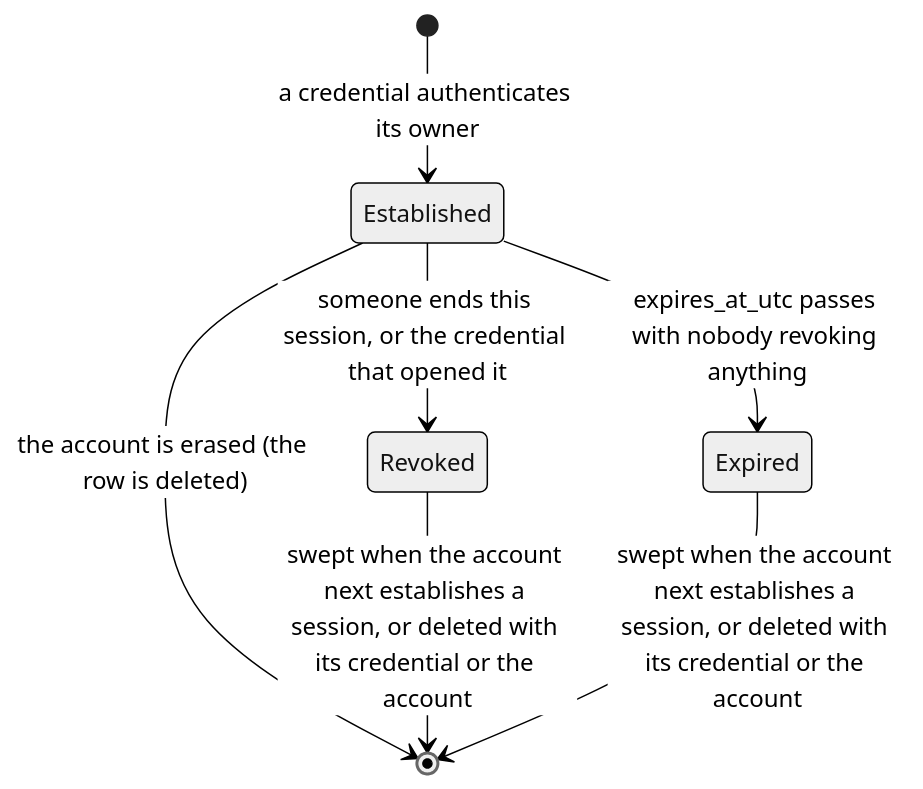
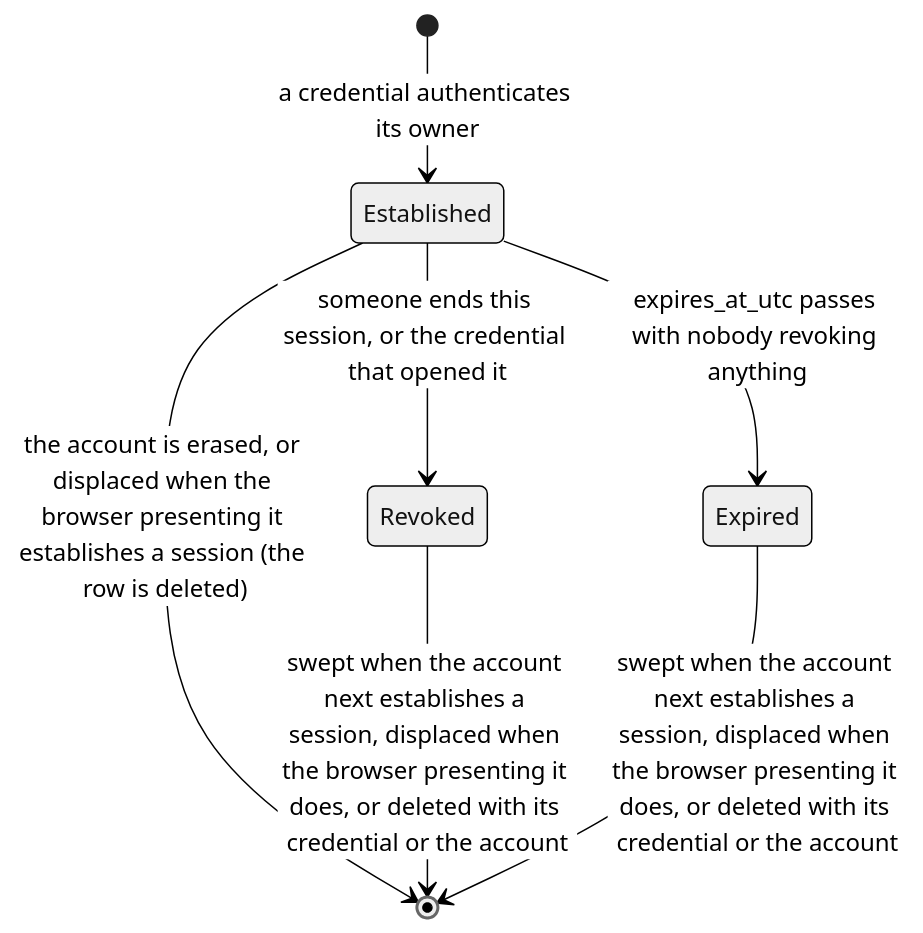
One commit to anton-kochev/budgetoid changed the second of 3 diagrams in docs/business-logic/sessions.md. Above: the diagram before and after it, drawn with Mermaid (neutral theme). The commit also changed other lines of this file and 40 other files, not shown here.

````diff
--- a/docs/business-logic/sessions.md
+++ b/docs/business-logic/sessions.md
@@ -1176,9 +1312,9 @@
 ```mermaid
 stateDiagram-v2
     [*] --> Established : a credential authenticates its owner
     Established --> Revoked : someone ends this session, or the credential that opened it
     Established --> Expired : expires_at_utc passes with nobody revoking anything
-    Established --> [*] : the account is erased (the row is deleted)
-    Revoked --> [*] : swept when the account next establishes a session, or deleted with its credential or the account
-    Expired --> [*] : swept when the account next establishes a session, or deleted with its credential or the account
+    Established --> [*] : the account is erased, or displaced when the browser presenting it establishes a session (the row is deleted)
+    Revoked --> [*] : swept when the account next establishes a session, displaced when the browser presenting it does, or deleted with its credential or the account
+    Expired --> [*] : swept when the account next establishes a session, displaced when the browser presenting it does, or deleted with its credential or the account
 ```
````
